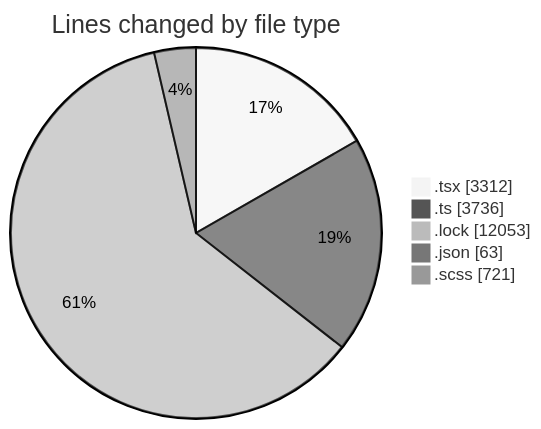
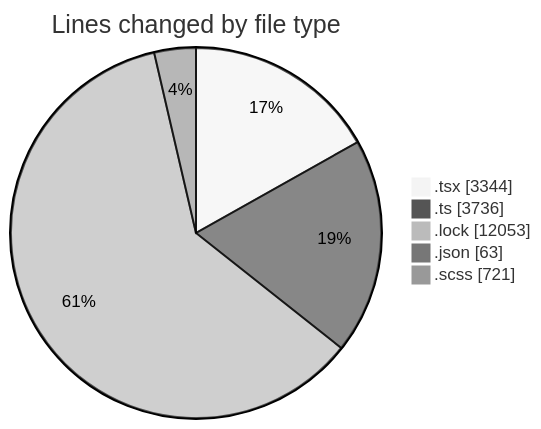
Before and after one commit to momahboobian/code-tracking: the first of 2 diagrams in 2025-12-03/cda/README.md, drawn with Mermaid (neutral theme). The commit also changed other lines of this file and 1 other file, not shown here.

````diff
--- a/2025-12-03/cda/README.md
+++ b/2025-12-03/cda/README.md
@@ -32,9 +32,9 @@
 ```mermaid
 pie showData
 title Lines changed by file type
-".tsx" : 3312
+".tsx" : 3344
 ".ts" : 3736
 ".lock" : 12053
 ".json" : 63
 ".scss" : 721
 ```
````
